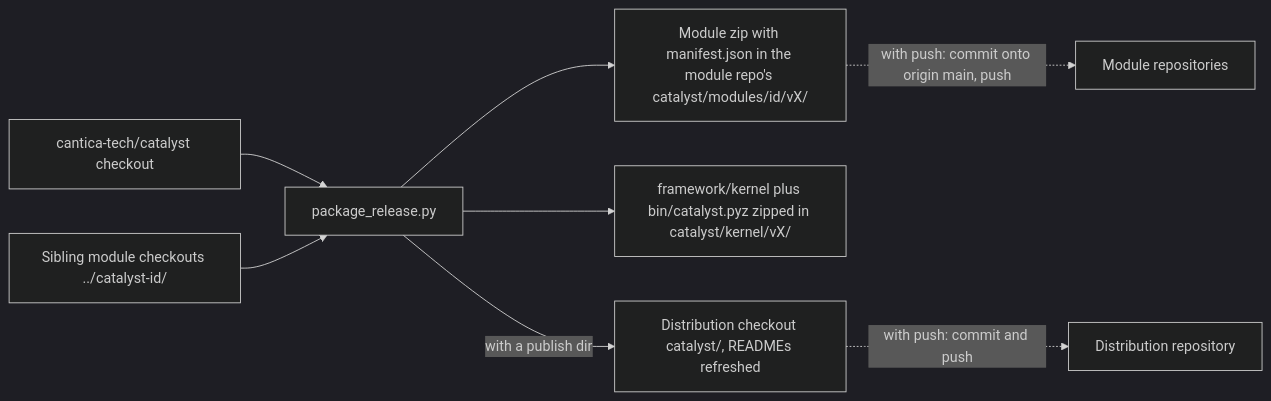
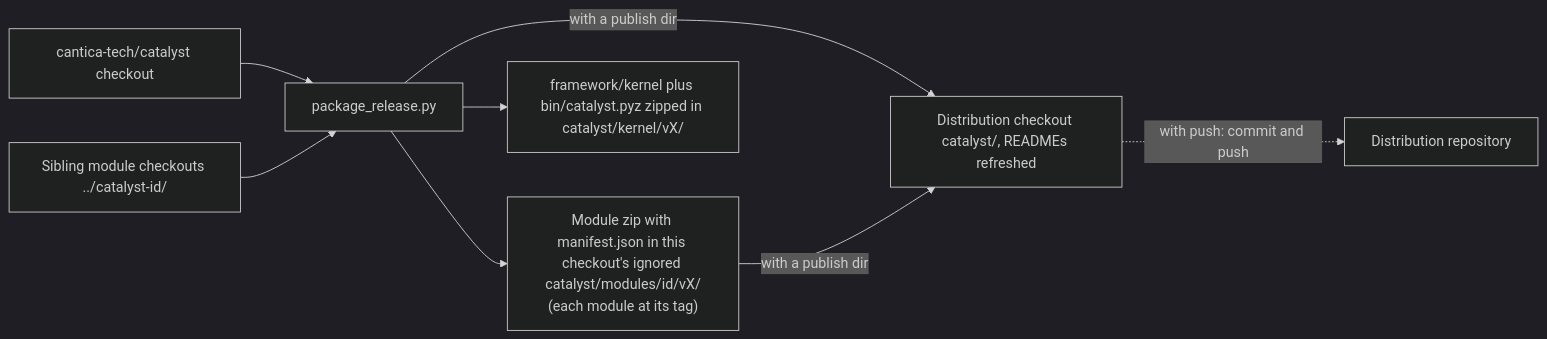
Before and after one commit to cantica-tech/catalyst-docs: diagram 23 of 23 in docs/guide/manual/30-cli-catalyst.md, drawn with Mermaid (dark theme). The commit also changed other lines of this file and 9 other files, not shown here.

````diff
--- a/docs/guide/manual/30-cli-catalyst.md
+++ b/docs/guide/manual/30-cli-catalyst.md
@@ -2423,10 +2532,10 @@
 ```mermaid
 flowchart LR
     SRC["cantica-tech/catalyst checkout"] --> PKG["package_release.py"]
     MODS["Sibling module checkouts ../catalyst-id/"] --> PKG
-    PKG --> MZ["Module zip with manifest.json in the module repo's catalyst/modules/id/vX/"]
+    PKG --> MZ["Module zip with manifest.json in this checkout's ignored catalyst/modules/id/vX/<br/>(each module at its tag)"]
     PKG --> KZ["framework/kernel plus bin/catalyst.pyz zipped in catalyst/kernel/vX/"]
     PKG -- "with a publish dir" --> DIST["Distribution checkout catalyst/, READMEs refreshed"]
-    MZ -. "with push: commit onto origin main, push" .-> MR["Module repositories"]
+    MZ -- "with a publish dir" --> DIST
     DIST -. "with push: commit and push" .-> DR["Distribution repository"]
 ```
````
